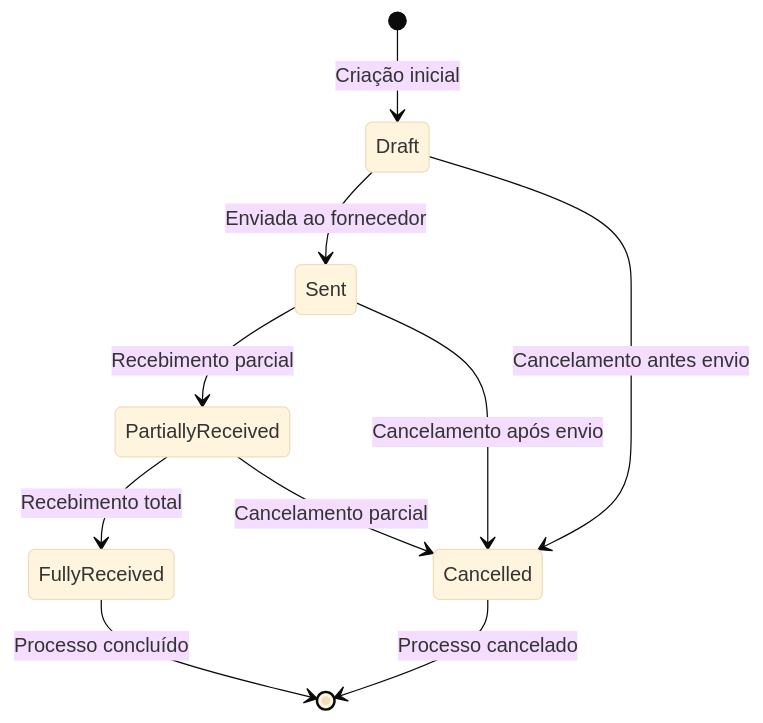
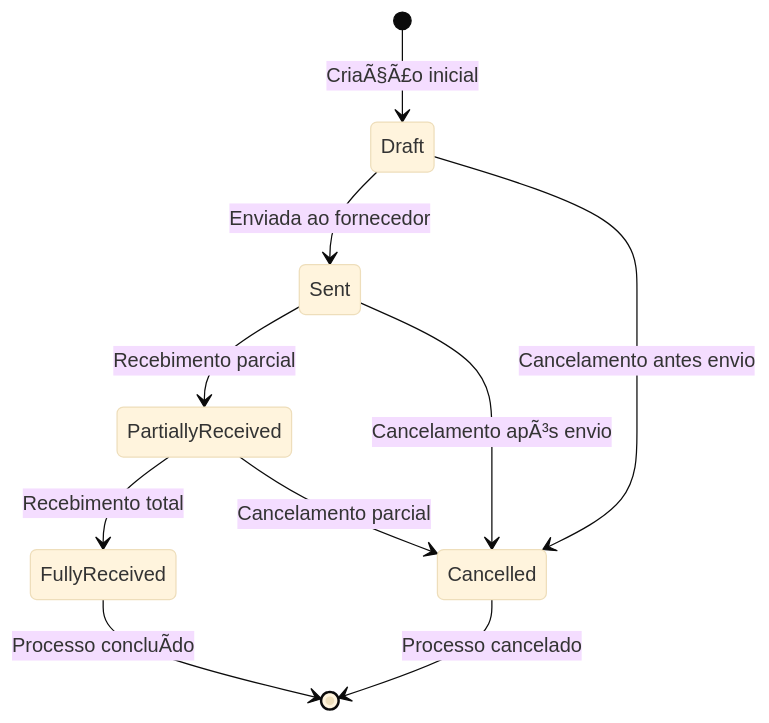
One commit to igor-spalenza/GesN changed the sixth of 6 diagrams in GesN.Web/Context/DIAGRAMS/PROCESS-FLOWS/04-purchasing-flow.md. Above: the diagram before and after it, drawn with Mermaid (base theme). The commit also changed other lines of this file and 93 other files, not shown here.

````diff
--- a/GesN.Web/Context/DIAGRAMS/PROCESS-FLOWS/04-purchasing-flow.md
+++ b/GesN.Web/Context/DIAGRAMS/PROCESS-FLOWS/04-purchasing-flow.md
@@ -393,14 +393,14 @@
 ```mermaid
 stateDiagram-v2
-    [*] --> Draft : Criação inicial
+    [*] --> Draft : CriaÃ§Ã£o inicial
     Draft --> Sent : Enviada ao fornecedor
     Sent --> PartiallyReceived : Recebimento parcial
     PartiallyReceived --> FullyReceived : Recebimento total
-    FullyReceived --> [*] : Processo concluído
+    FullyReceived --> [*] : Processo concluÃ­do
     
     Draft --> Cancelled : Cancelamento antes envio
-    Sent --> Cancelled : Cancelamento após envio
+    Sent --> Cancelled : Cancelamento apÃ³s envio
     PartiallyReceived --> Cancelled : Cancelamento parcial
     
     Cancelled --> [*] : Processo cancelado
 ```
````
